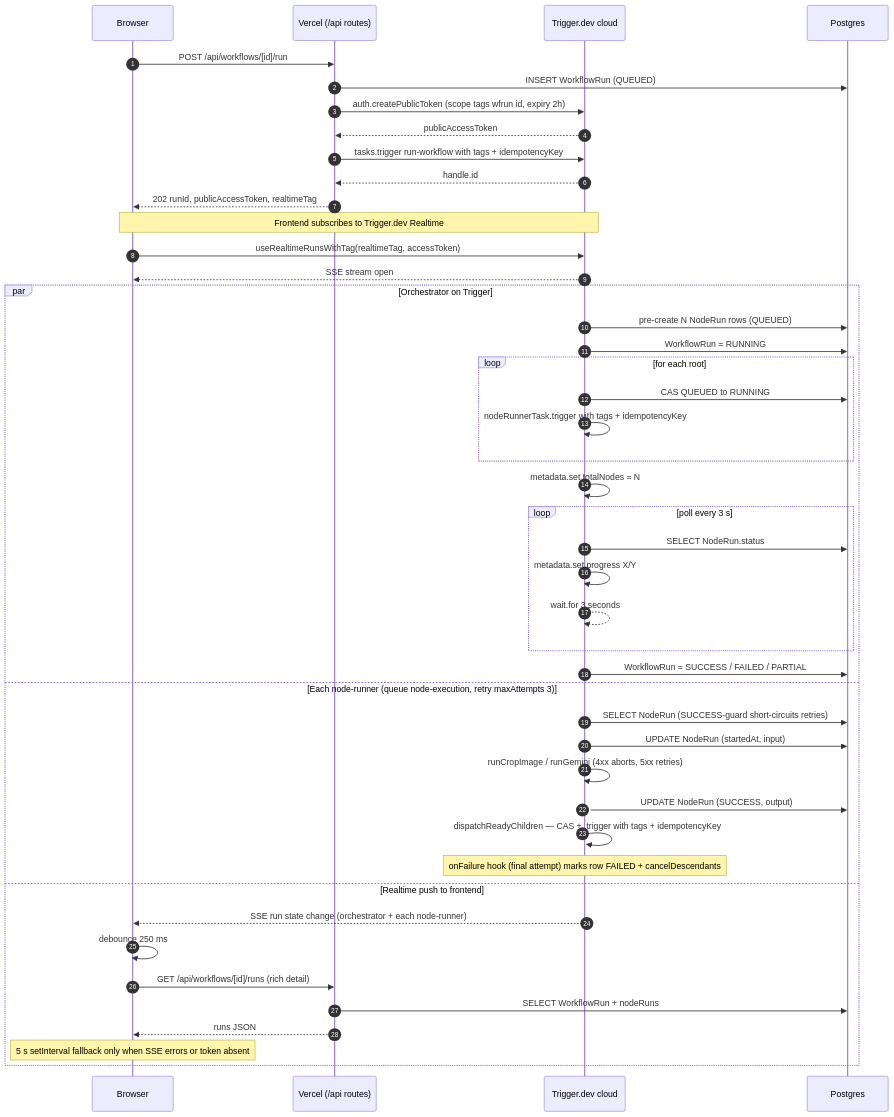
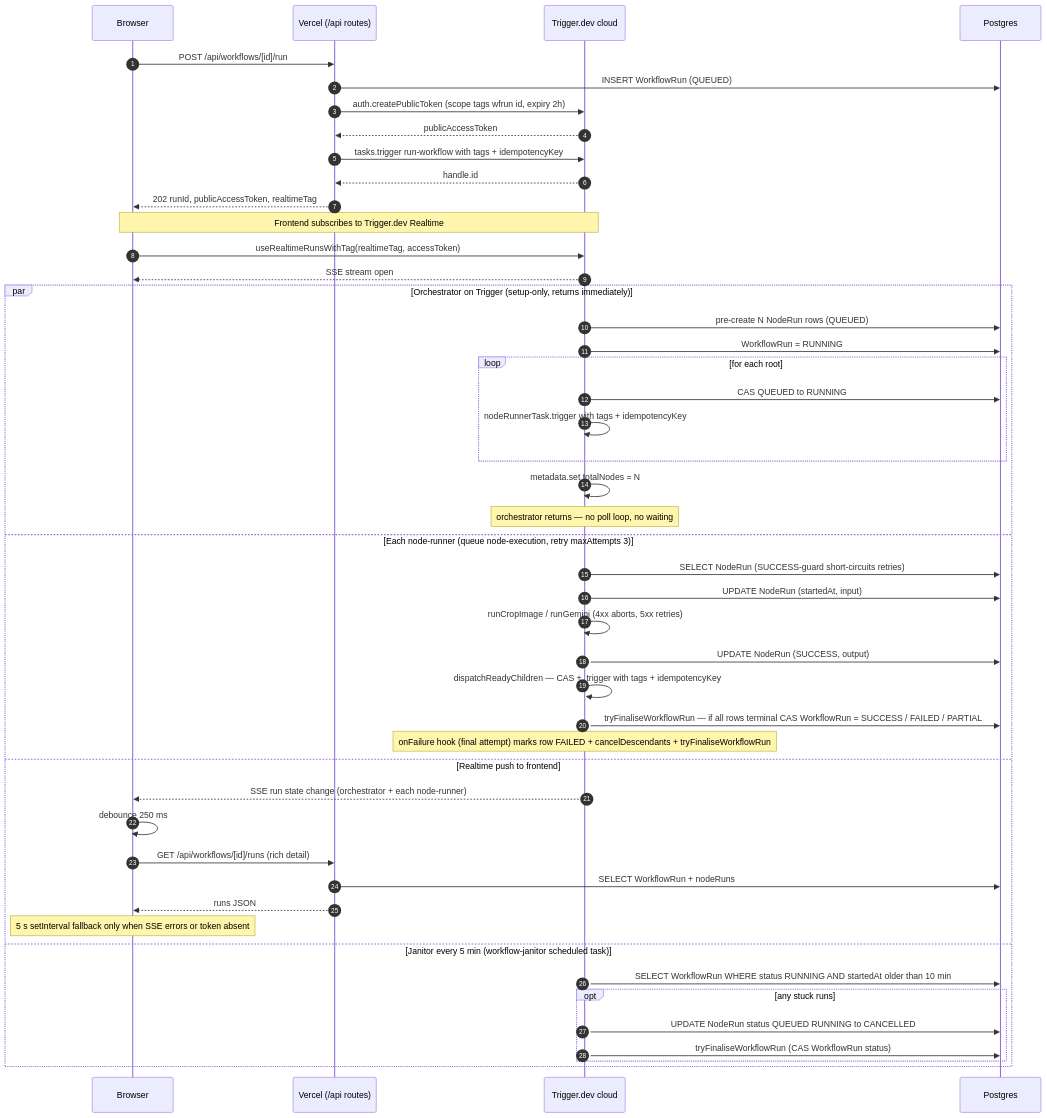
One commit to vkroy11/NextFlow changed the second of 2 diagrams in README.md. Above: the diagram before and after it, drawn with Mermaid. The commit also changed other lines of this file and 145 other files, not shown here.

Commit message:
work done for the new flow

````diff
--- a/README.md
+++ b/README.md
@@ -136,50 +136,52 @@
 ```mermaid
 sequenceDiagram
     autonumber
     participant U as Browser
     participant V as Vercel (/api routes)
     participant T as Trigger.dev cloud
     participant DB as Postgres
 
     U->>V: POST /api/workflows/[id]/run
     V->>DB: INSERT WorkflowRun (QUEUED)
     V->>T: auth.createPublicToken (scope tags wfrun id, expiry 2h)
     T-->>V: publicAccessToken
     V->>T: tasks.trigger run-workflow with tags + idempotencyKey
     T-->>V: handle.id
     V-->>U: 202 runId, publicAccessToken, realtimeTag
 
     Note over U,T: Frontend subscribes to Trigger.dev Realtime
     U->>T: useRealtimeRunsWithTag(realtimeTag, accessToken)
     T-->>U: SSE stream open
 
-    par Orchestrator on Trigger
+    par Orchestrator on Trigger (setup-only, returns immediately)
         T->>DB: pre-create N NodeRun rows (QUEUED)
         T->>DB: WorkflowRun = RUNNING
         loop for each root
             T->>DB: CAS QUEUED to RUNNING
             T->>T: nodeRunnerTask.trigger with tags + idempotencyKey
         end
         T->>T: metadata.set totalNodes = N
-        loop poll every 3 s
-            T->>DB: SELECT NodeRun.status
-            T->>T: metadata.set progress X/Y
-            T-->>T: wait.for 3 seconds
-        end
-        T->>DB: WorkflowRun = SUCCESS / FAILED / PARTIAL
+        Note over T: orchestrator returns — no poll loop, no waiting
     and Each node-runner (queue node-execution, retry maxAttempts 3)
         T->>DB: SELECT NodeRun (SUCCESS-guard short-circuits retries)
         T->>DB: UPDATE NodeRun (startedAt, input)
         T->>+T: runCropImage / runGemini (4xx aborts, 5xx retries)
         T->>DB: UPDATE NodeRun (SUCCESS, output)
         T->>T: dispatchReadyChildren — CAS + .trigger with tags + idempotencyKey
-        Note over T: onFailure hook (final attempt) marks row FAILED + cancelDescendants
+        T->>DB: tryFinaliseWorkflowRun — if all rows terminal CAS WorkflowRun = SUCCESS / FAILED / PARTIAL
+        Note over T: onFailure hook (final attempt) marks row FAILED + cancelDescendants + tryFinaliseWorkflowRun
     and Realtime push to frontend
         T-->>U: SSE run state change (orchestrator + each node-runner)
         U->>U: debounce 250 ms
         U->>V: GET /api/workflows/[id]/runs (rich detail)
         V->>DB: SELECT WorkflowRun + nodeRuns
         V-->>U: runs JSON
         Note over U: 5 s setInterval fallback only when SSE errors or token absent
+    and Janitor every 5 min (workflow-janitor scheduled task)
+        T->>DB: SELECT WorkflowRun WHERE status RUNNING AND startedAt older than 10 min
+        opt any stuck runs
+            T->>DB: UPDATE NodeRun status QUEUED RUNNING to CANCELLED
+            T->>DB: tryFinaliseWorkflowRun (CAS WorkflowRun status)
+        end
     end
 ```
````
